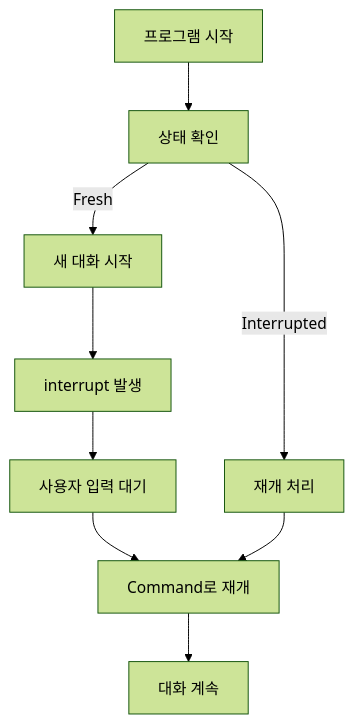
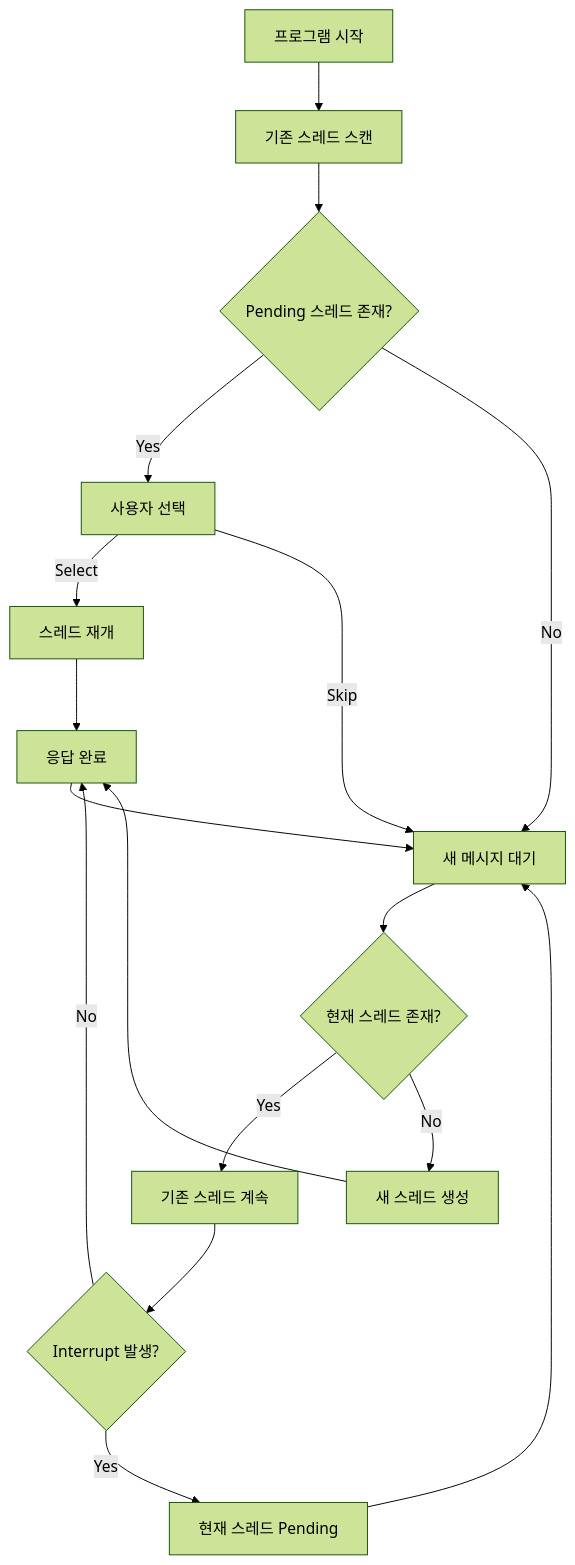
One commit to TaebeomHeo/langgraph-py changed the first of 2 diagrams in study/getStarted/README_typescript_pattern.md. Above: the diagram before and after it, drawn with Mermaid (forest theme). The commit also changed other lines of this file and 3 other files, not shown here.

````diff
--- a/study/getStarted/README_typescript_pattern.md
+++ b/study/getStarted/README_typescript_pattern.md
@@ -116,11 +189,23 @@
 ```mermaid
 graph TD
-    A[프로그램 시작] --> B[상태 확인]
-    B -->|Fresh| C[새 대화 시작]
-    B -->|Interrupted| D[재개 처리]
-    C --> E[interrupt 발생]
-    E --> F[사용자 입력 대기]
-    F --> G[Command로 재개]
-    D --> G
-    G --> H[대화 계속]
+    A[프로그램 시작] --> B[기존 스레드 스캔]
+    B --> C{Pending 스레드 존재?}
+    C -->|Yes| D[사용자 선택]
+    C -->|No| E[새 메시지 대기]
+
+    D -->|Select| F[스레드 재개]
+    D -->|Skip| E
+
+    E --> G{현재 스레드 존재?}
+    G -->|Yes| H[기존 스레드 계속]
+    G -->|No| I[새 스레드 생성]
+
+    H --> J{Interrupt 발생?}
+    J -->|Yes| K[현재 스레드 Pending]
+    J -->|No| L[응답 완료]
+
+    K --> E
+    L --> E
+    F --> L
+    I --> L
 ```
````
